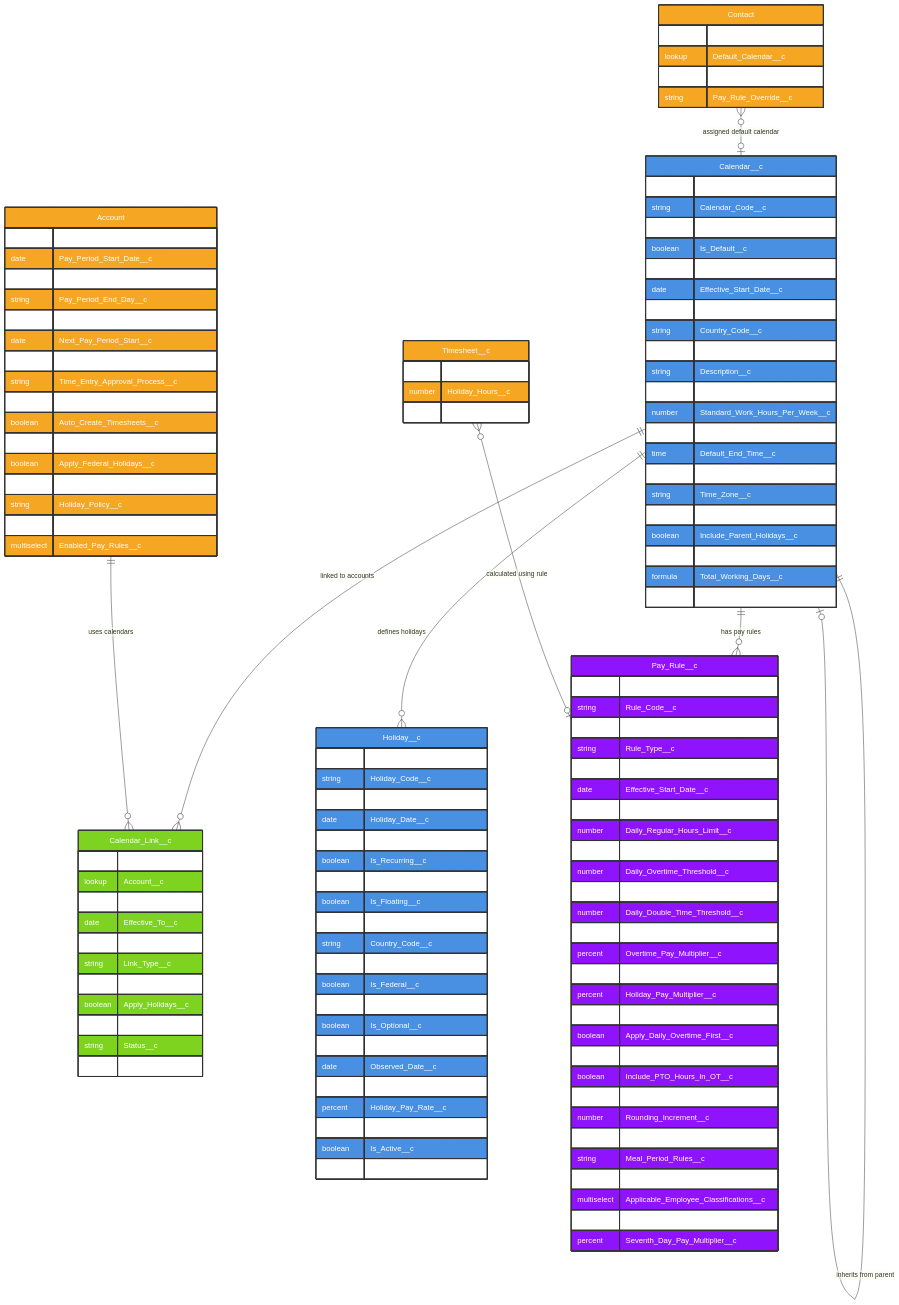
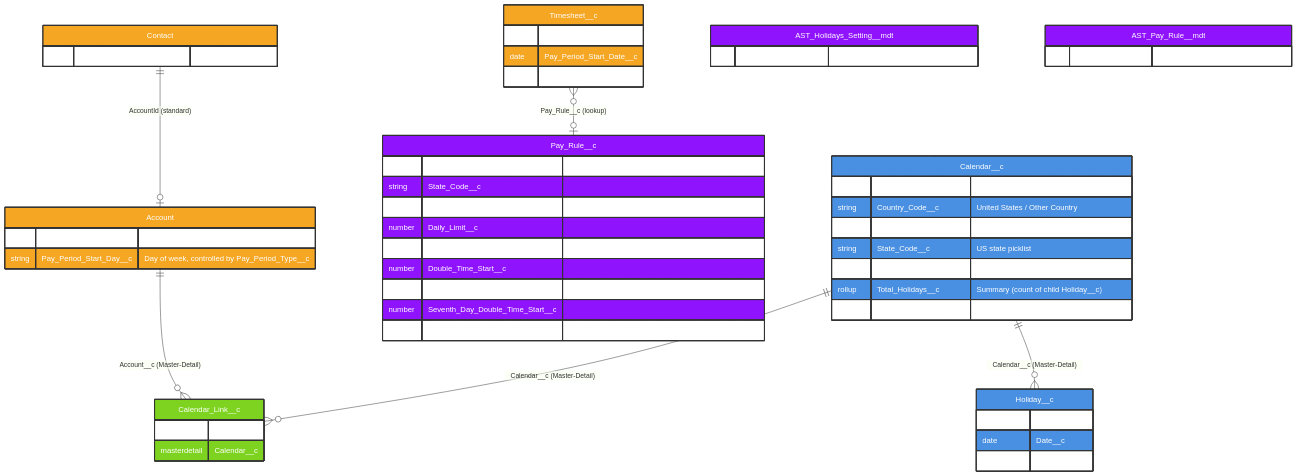
Before and after one commit to asymblinc/ProductDocumentations: the diagram in TIME/ERD_Calendar_Holiday_Management.md, drawn with Mermaid. The commit also changed other lines of this file and 8 other files, not shown here.

First line of the commit message:
docs(TIME): refresh against asymbl-time master, remove fabricated flows

````diff
--- a/TIME/ERD_Calendar_Holiday_Management.md
+++ b/TIME/ERD_Calendar_Holiday_Management.md
@@ -16,147 +16,76 @@
 ```mermaid
 erDiagram
     Calendar__c {
-        string Name
-        string Calendar_Code__c
-        boolean Is_Active__c
+        string Color__c "Picklist of hex colors, for UI display"
+        string Country_Code__c "United States / Other Country"
         boolean Is_Default__c
-        string Calendar_Type__c
-        date Effective_Start_Date__c
-        date Effective_End_Date__c
-        string Country_Code__c
-        string State_Province_Code__c
-        string Description__c
-        number Standard_Work_Hours_Per_Day__c
-        number Standard_Work_Hours_Per_Week__c
-        time Default_Start_Time__c
-        time Default_End_Time__c
-        multiselect Working_Days__c
-        string Time_Zone__c
-        lookup Parent_Calendar__c
-        boolean Include_Parent_Holidays__c
-        string Calendar_Year__c
-        formula Total_Working_Days__c
-        formula Total_Holidays__c
+        string State_Code__c "US state picklist"
+        string Year__c "Text"
+        rollup Total_Holidays__c "Summary (count of child Holiday__c)"
+        rollup Total_Linked_Account__c "Summary (count of child Calendar_Link__c)"
     }
 
     Calendar_Link__c {
-        lookup Calendar__c
-        lookup Account__c
-        date Effective_From__c
-        date Effective_To__c
-        boolean Is_Primary__c
-        string Link_Type__c
-        string Override_Rules__c
-        boolean Apply_Holidays__c
-        boolean Apply_Pay_Rules__c
-        string Status__c
-        text Notes__c
+        masterdetail Account__c
+        masterdetail Calendar__c
     }
 
     Holiday__c {
-        string Name
-        string Holiday_Code__c
-        lookup Calendar__c
-        date Holiday_Date__c
-        string Holiday_Type__c
-        boolean Is_Recurring__c
-        string Recurrence_Pattern__c
-        boolean Is_Floating__c
-        string Floating_Rule__c
-        string Country_Code__c
-        string State_Province_Code__c
-        boolean Is_Federal__c
-        boolean Is_Banking_Holiday__c
-        boolean Is_Optional__c
-        string Observance_Rule__c
-        date Observed_Date__c
-        number Holiday_Hours__c
-        percent Holiday_Pay_Rate__c
-        string Description__c
-        boolean Is_Active__c
-        multiselect Applicable_Employee_Types__c
+        masterdetail Calendar__c
+        date Date__c
+        text Description__c
     }
 
     Pay_Rule__c {
-        string Name
-        string Rule_Code__c
-        lookup Calendar__c
-        string Rule_Type__c
-        boolean Is_Active__c
-        date Effective_Start_Date__c
-        date Effective_End_Date__c
-        number Daily_Regular_Hours_Limit__c
-        number Weekly_Regular_Hours_Limit__c
-        number Daily_Overtime_Threshold__c
-        number Weekly_Overtime_Threshold__c
-        number Daily_Double_Time_Threshold__c
-        number Weekly_Double_Time_Threshold__c
-        percent Overtime_Pay_Multiplier__c
-        percent Double_Time_Pay_Multiplier__c
-        percent Holiday_Pay_Multiplier__c
-        string Overtime_Calculation_Method__c
-        boolean Apply_Daily_Overtime_First__c
-        boolean Include_Holiday_Hours_In_OT__c
-        boolean Include_PTO_Hours_In_OT__c
-        string Rounding_Rules__c
-        number Rounding_Increment__c
-        string Break_Rules__c
-        string Meal_Period_Rules__c
-        string State_Province_Code__c
-        multiselect Applicable_Employee_Classifications__c
-        number Consecutive_Day_Overtime_Threshold__c
-        percent Seventh_Day_Pay_Multiplier__c
+        string Country_Code__c
+        string State_Code__c
+        string Type__c "Weekly / Weekly + Daily / Weekly + Daily (Double Time)"
+        number Daily_Limit__c
+        number Weekly_Limit__c
+        number Double_Time_Start__c
+        string Seventh_Day__c "No / Overtime / Double Time / Both"
+        number Seventh_Day_Double_Time_Start__c
+        boolean Enable_Attestation__c
     }
 
     Account {
-        string Pay_Period_Type__c
-        date Pay_Period_Start_Date__c
-        number Pay_Period_Duration_Days__c
-        string Pay_Period_End_Day__c
-        string Payroll_Frequency__c
-        date Next_Pay_Period_Start__c
-        date Next_Pay_Period_End__c
-        string Time_Entry_Approval_Process__c
-        number Time_Entry_Submission_Deadline_Days__c
-        boolean Auto_Create_Timesheets__c
-        string Default_Calendar_Code__c
-        boolean Apply_Federal_Holidays__c
-        boolean Apply_State_Holidays__c
-        string Holiday_Policy__c
-        string Overtime_Policy__c
-        multiselect Enabled_Pay_Rules__c
+        string Pay_Period_Type__c "Weekly / Bi-Weekly / Bi-Monthly"
+        string Pay_Period_Start_Day__c "Day of week, controlled by Pay_Period_Type__c"
     }
 
     Contact {
-        string Employment_Classification__c
-        lookup Default_Calendar__c
-        multiselect Holiday_Eligibility__c
-        string Pay_Rule_Override__c
+        string Employment_Classification__c "Exempt / Non-Exempt"
     }
 
     Timesheet__c {
-        lookup Pay_Rule_Applied__c
-        number Holiday_Hours__c
-        text Holiday_Details__c
+        lookup Pay_Rule__c
+        date Pay_Period_Start_Date__c
+        date Pay_Period_End_Date__c
+    }
+
+    AST_Holidays_Setting__mdt {
+        text US_Holidays_JSON__c "Single JSON blob of default US holidays"
+    }
+
+    AST_Pay_Rule__mdt {
+        text Pay_Rule_JSON__c "Single JSON blob of default pay rules"
     }
 
     %% Relationships
-    Calendar__c ||--o{ Calendar_Link__c : "linked to accounts"
-    Account ||--o{ Calendar_Link__c : "uses calendars"
-    Calendar__c ||--o{ Holiday__c : "defines holidays"
-    Calendar__c ||--o{ Pay_Rule__c : "has pay rules"
-    Calendar__c ||--o| Calendar__c : "inherits from parent"
-    Contact }o--o| Calendar__c : "assigned default calendar"
-    Timesheet__c }o--o| Pay_Rule__c : "calculated using rule"
-    
+    Account ||--o{ Calendar_Link__c : "Account__c (Master-Detail)"
+    Calendar__c ||--o{ Calendar_Link__c : "Calendar__c (Master-Detail)"
+    Calendar__c ||--o{ Holiday__c : "Calendar__c (Master-Detail)"
+    Timesheet__c }o--o| Pay_Rule__c : "Pay_Rule__c (lookup)"
+    Contact ||--o| Account : "AccountId (standard)"
+
     %% Color coding
     classDef calendarObject fill:#4A90E2,stroke:#333,stroke-width:2px,color:#fff
     classDef linkObject fill:#7ED321,stroke:#333,stroke-width:2px,color:#fff
     classDef configObject fill:#9013FE,stroke:#333,stroke-width:2px,color:#fff
     classDef externalObject fill:#F5A623,stroke:#333,stroke-width:2px,color:#fff
-    
+
     class Calendar__c,Holiday__c calendarObject
     class Calendar_Link__c linkObject
-    class Pay_Rule__c configObject
+    class Pay_Rule__c,AST_Holidays_Setting__mdt,AST_Pay_Rule__mdt configObject
     class Account,Contact,Timesheet__c externalObject
 ```
````
